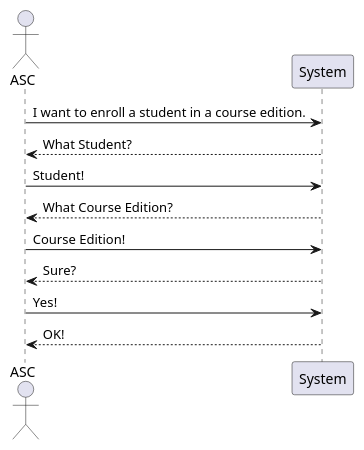
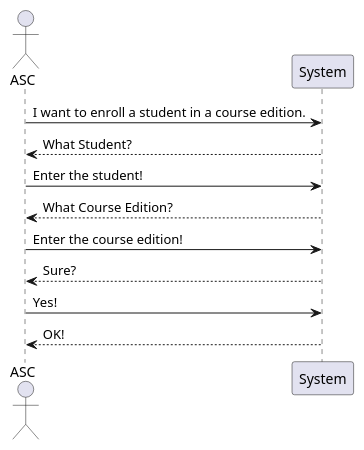
Before and after one commit to GasparISEP/DevOps-PAI: the diagram in docs/sequenceDiagrams/US16/US16-SSD.puml, drawn with PlantUML.

Commit message:
updating US16 System Diagram

```diff
--- a/docs/sequenceDiagrams/US16/US16-SSD.puml
+++ b/docs/sequenceDiagrams/US16/US16-SSD.puml
@@ -1,16 +1,16 @@
 @startuml
 'https://plantuml.com/sequence-diagram
 
 actor ASC
 
 ASC -> System: I want to enroll a student in a course edition.
 System --> ASC: What Student?
-ASC -> System: Student!
+ASC -> System: Enter the student!
 System --> ASC: What Course Edition?
-ASC -> System: Course Edition!
+ASC -> System: Enter the course edition!
 System --> ASC: Sure?
 ASC -> System: Yes!
 System --> ASC: OK!
 
 
 @enduml
```
